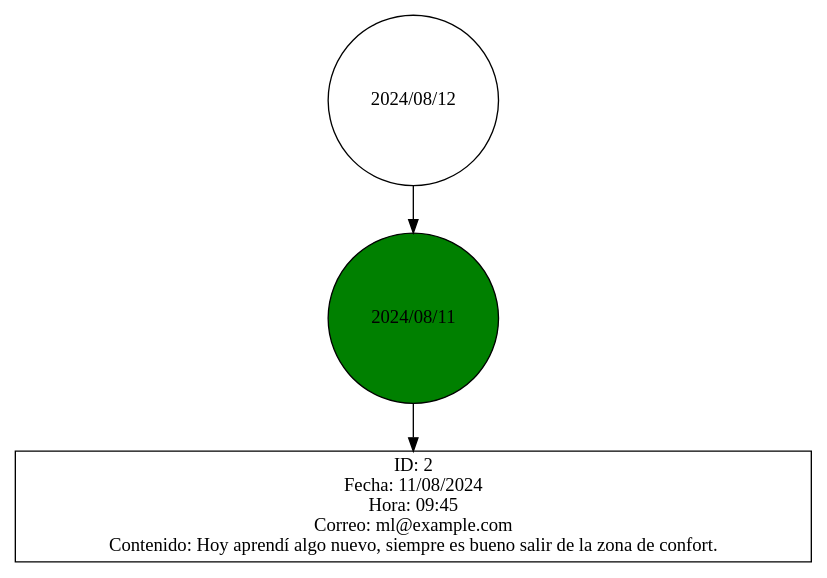
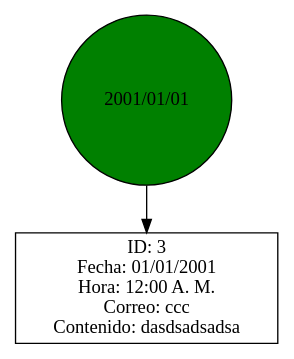
One commit to Kevin-alvarez1/Red-social-C-Estructuras changed the diagram in Fase2/main/build/Desktop_Qt_6_7_2_MinGW_64_bit-Debug/ArbolBB.dot. Above: the diagram before and after it, drawn with Graphviz. The commit also changed 20 other files, not shown here.

```diff
--- a/Fase2/main/build/Desktop_Qt_6_7_2_MinGW_64_bit-Debug/ArbolBB.dot
+++ b/Fase2/main/build/Desktop_Qt_6_7_2_MinGW_64_bit-Debug/ArbolBB.dot
@@ -1,7 +1,6 @@
 digraph BSTTree {
 node [shape=circle];
-"2024/08/12" -> "2024/08/11";
-"2024/08/11" [style=filled, fillcolor=green];
-"pub_2" [shape=rectangle, label="ID: 2\nFecha: 11/08/2024\nHora: 09:45\nCorreo: ml@example.com\nContenido: Hoy aprendí algo nuevo, siempre es bueno salir de la zona de confort."];
-"2024/08/11" -> "pub_2";
+"2001/01/01" [style=filled, fillcolor=green];
+"pub_3" [shape=rectangle, label="ID: 3\nFecha: 01/01/2001\nHora: 12:00 A. M.\nCorreo: ccc\nContenido: dasdsadsadsa"];
+"2001/01/01" -> "pub_3";
 }
```
